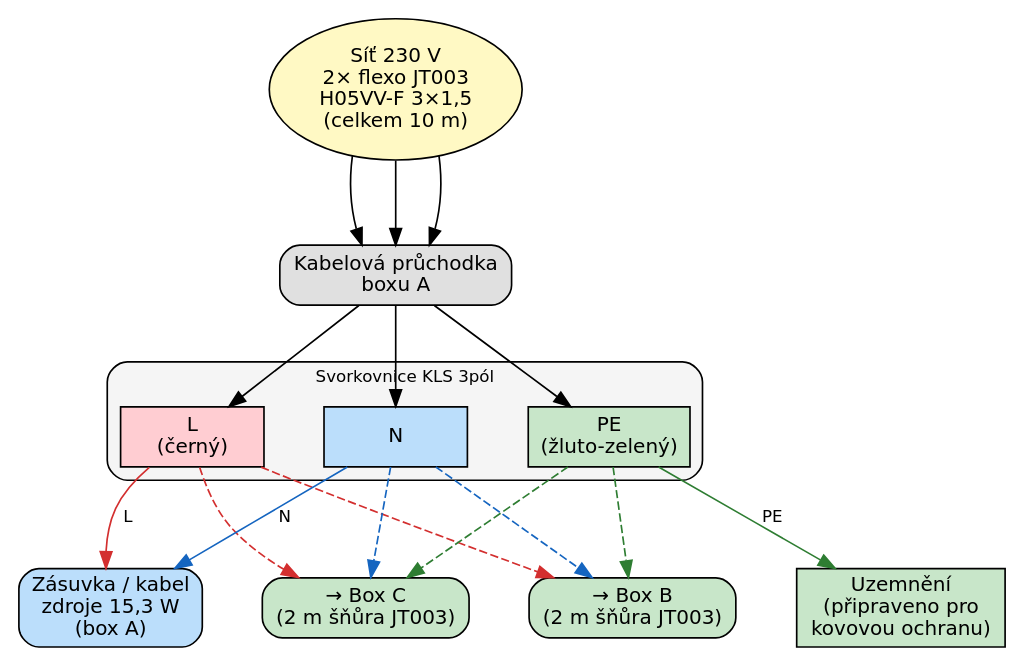
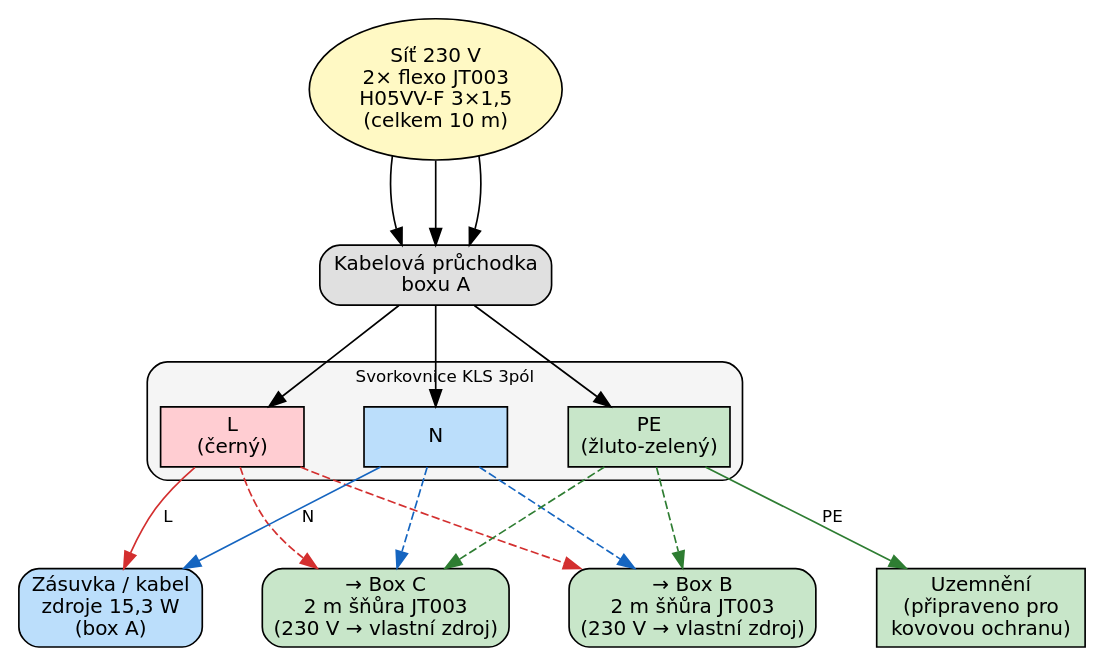
The diagram in docs/dot/sch_02_terminal_block.dot (K0F/1938_ABC), drawn with Graphviz before and after one commit. The commit also changed 6 other files, not shown here.

First line of the commit message:
docs: diagrams show each box has own 15.3W PSU

```diff
--- a/docs/dot/sch_02_terminal_block.dot
+++ b/docs/dot/sch_02_terminal_block.dot
@@ -1,42 +1,42 @@
 // SCH §2.1 — Přípojka 230 V a rozvod (svorkovnice KLS 3pól)
 digraph G {
     graph [fontname="DejaVu Sans" rankdir=TB bgcolor="white" nodesep=0.5 ranksep=0.7];
 node [fontname="DejaVu Sans" fontsize=12 style="filled"];
 edge [fontname="DejaVu Sans" fontsize=10];
 
 // Source
 siet [label="Síť 230 V\n2× flexo JT003\nH05VV-F 3×1,5\n(celkem 10 m)" shape=oval fillcolor="#fff9c4"];
 pruchodka [label="Kabelová průchodka\nboxu A" shape=box style="filled,rounded" fillcolor="#e0e0e0"];
 
 // Terminal block
 subgraph cluster_svorkovnice {
     label="Svorkovnice KLS 3pól";
     style="filled,rounded";
     fillcolor="#f5f5f5";
     fontsize=10;
 
     L [label="L\n(černý)" shape=box fillcolor="#ffcdd2" width=1.2];
     N [label="N" shape=box fillcolor="#bbdefb" width=1.2];
     PE [label="PE\n(žluto-zelený)" shape=box fillcolor="#c8e6c9" width=1.2];
 }
 
 // Outputs
 zasuvka_A [label="Zásuvka / kabel\nzdroje 15,3 W\n(box A)" shape=box style="filled,rounded" fillcolor="#bbdefb"];
 zem [label="Uzemnění\n(připraveno pro\nkovovou ochranu)" shape=box fillcolor="#c8e6c9"];
-smer_B [label="→ Box B\n(2 m šňůra JT003)" shape=box style="filled,rounded" fillcolor="#c8e6c9"];
-smer_C [label="→ Box C\n(2 m šňůra JT003)" shape=box style="filled,rounded" fillcolor="#c8e6c9"];
+smer_B [label="→ Box B\n2 m šňůra JT003\n(230 V → vlastní zdroj)" shape=box style="filled,rounded" fillcolor="#c8e6c9"];
+smer_C [label="→ Box C\n2 m šňůra JT003\n(230 V → vlastní zdroj)" shape=box style="filled,rounded" fillcolor="#c8e6c9"];
 
 // Edges
 siet -> pruchodka -> L;
 siet -> pruchodka -> N;
 siet -> pruchodka -> PE;
 L -> zasuvka_A [label="  L  " color="#d32f2f"];
 N -> zasuvka_A [label="  N  " color="#1565c0"];
 PE -> zem [label="  PE  " color="#2e7d32"];
 L -> smer_B [style=dashed color="#d32f2f"];
 N -> smer_B [style=dashed color="#1565c0"];
 PE -> smer_B [style=dashed color="#2e7d32"];
 L -> smer_C [style=dashed color="#d32f2f"];
 N -> smer_C [style=dashed color="#1565c0"];
 PE -> smer_C [style=dashed color="#2e7d32"];
 }
```
